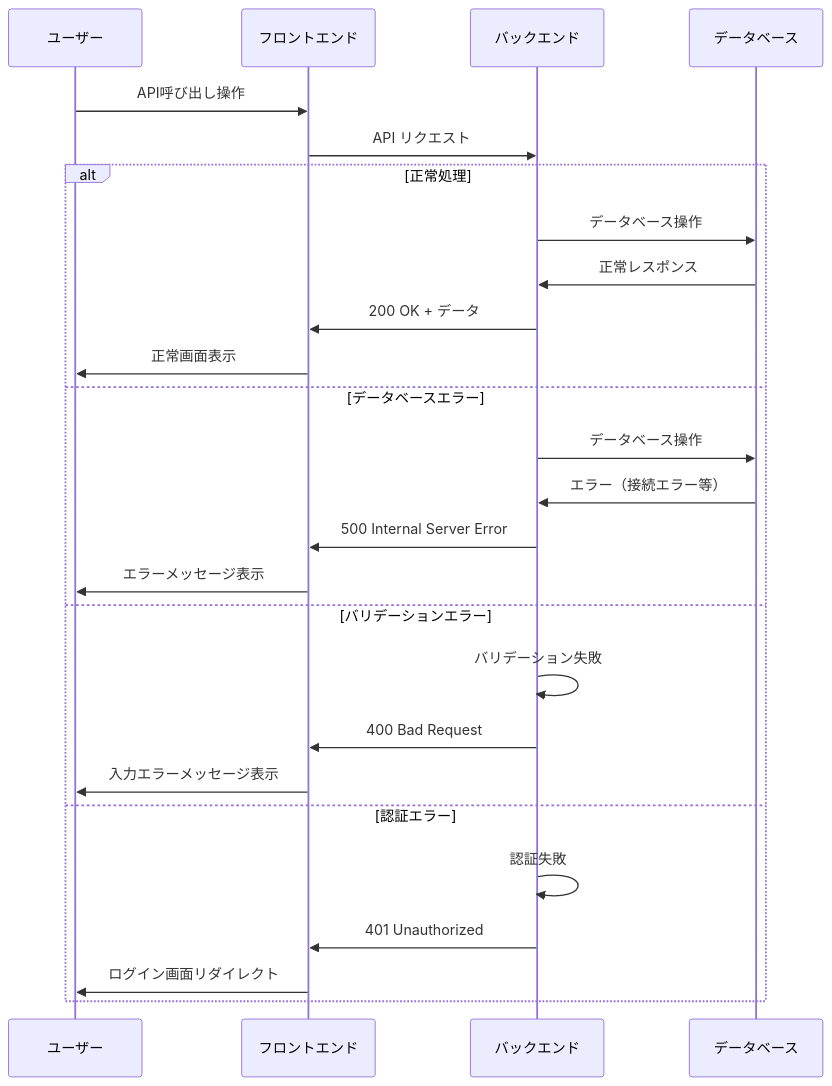
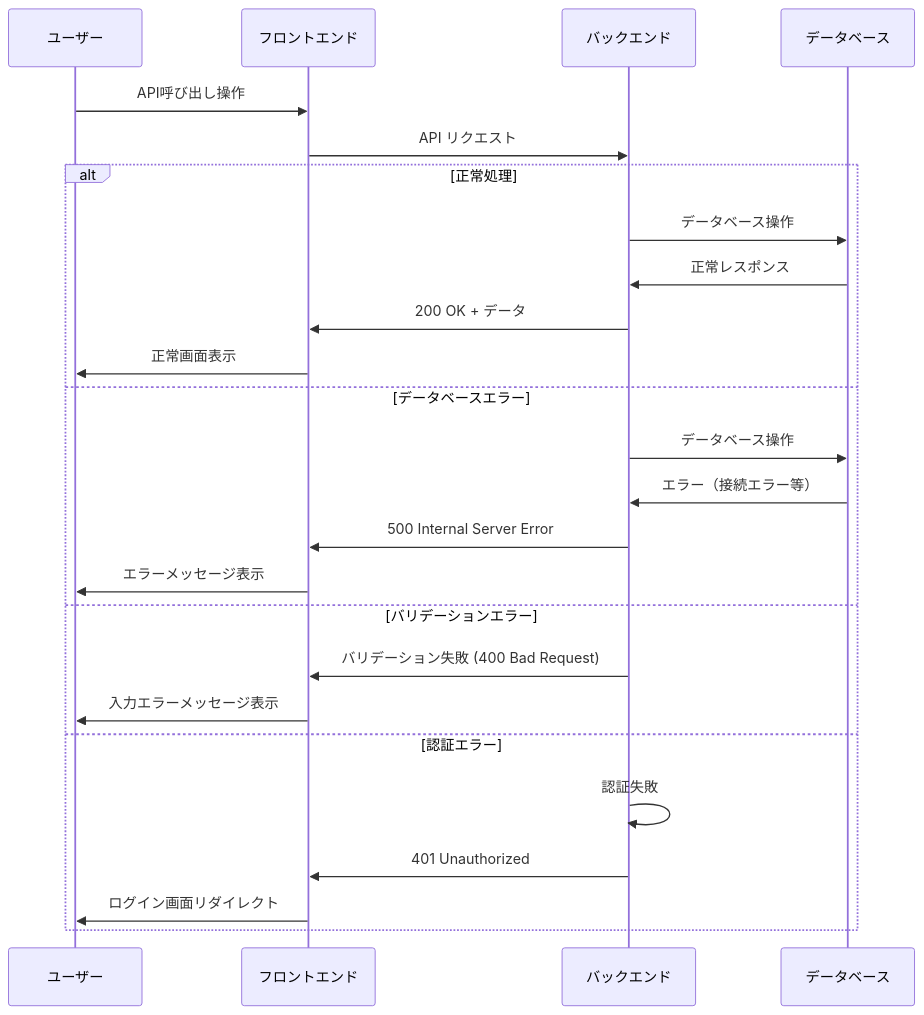
Before and after one commit to anshibagundan/job-hunting-supporter: the seventh of 7 diagrams in docs/sequence/sequence.md, drawn with Mermaid.

````diff
--- a/docs/sequence/sequence.md
+++ b/docs/sequence/sequence.md
@@ -194,30 +194,29 @@
 ```mermaid
 sequenceDiagram
     participant U as ユーザー
     participant F as フロントエンド
     participant B as バックエンド
     participant DB as データベース
 
     U->>F: API呼び出し操作
     F->>B: API リクエスト
     
     alt 正常処理
         B->>DB: データベース操作
         DB->>B: 正常レスポンス
         B->>F: 200 OK + データ
         F->>U: 正常画面表示
     else データベースエラー
         B->>DB: データベース操作
         DB->>B: エラー（接続エラー等）
         B->>F: 500 Internal Server Error
         F->>U: エラーメッセージ表示
     else バリデーションエラー
-        B->>B: バリデーション失敗
-        B->>F: 400 Bad Request
+        B->>F: バリデーション失敗 (400 Bad Request)
         F->>U: 入力エラーメッセージ表示
     else 認証エラー
         B->>B: 認証失敗
         B->>F: 401 Unauthorized
         F->>U: ログイン画面リダイレクト
     end
 ```
````
